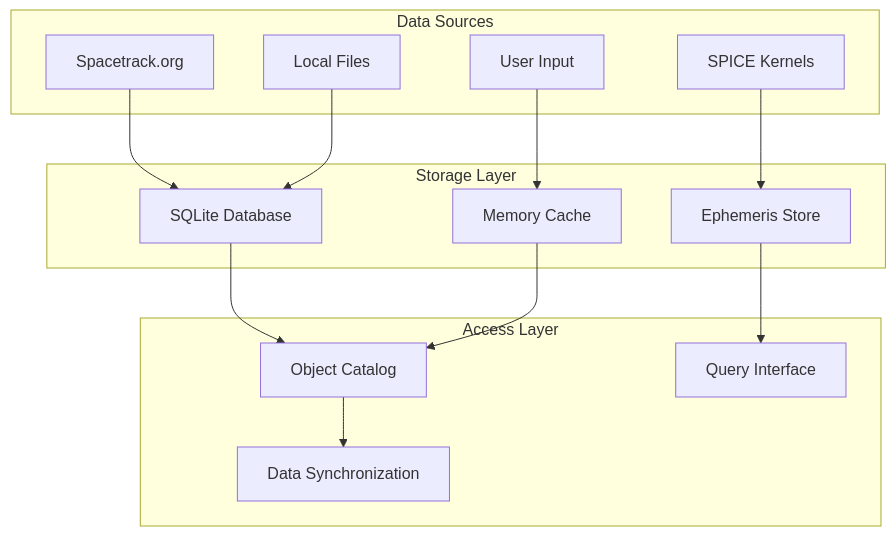
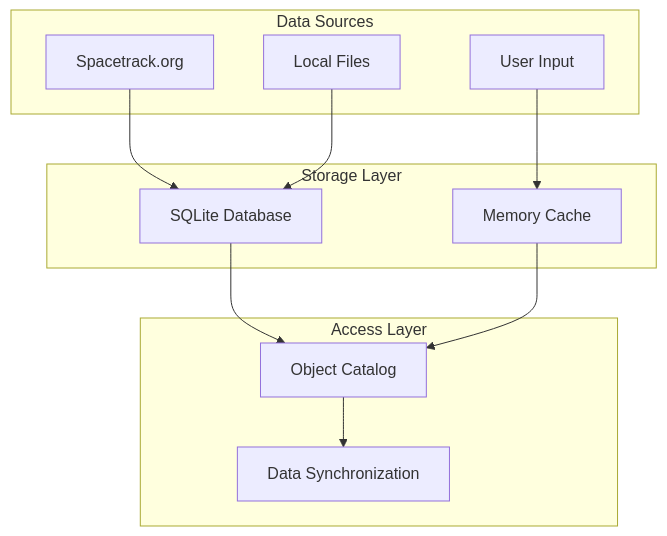
One commit to iulianojay/astrea changed the fourth of 5 diagrams in docs/design/architecture.md. Above: the diagram before and after it, drawn with Mermaid. The commit also changed other lines of this file and 6 other files, not shown here.

````diff
--- a/docs/design/architecture.md
+++ b/docs/design/architecture.md
@@ -140,31 +127,26 @@
 ```mermaid
 flowchart TB
     subgraph "Data Sources"
         spacetrack["Spacetrack.org"]
         files["Local Files"]
-        spice_kernels["SPICE Kernels"]
         user_data["User Input"]
     end
     
     subgraph "Storage Layer"
         database["SQLite Database"]
         cache["Memory Cache"]
-        ephemeris["Ephemeris Store"]
     end
     
     subgraph "Access Layer"
         catalog["Object Catalog"]
-        query["Query Interface"]
         sync["Data Synchronization"]
     end
     
     spacetrack --> database
     files --> database
-    spice_kernels --> ephemeris
     user_data --> cache
     
     database --> catalog
     cache --> catalog
-    ephemeris --> query
     catalog --> sync
 ```
````
